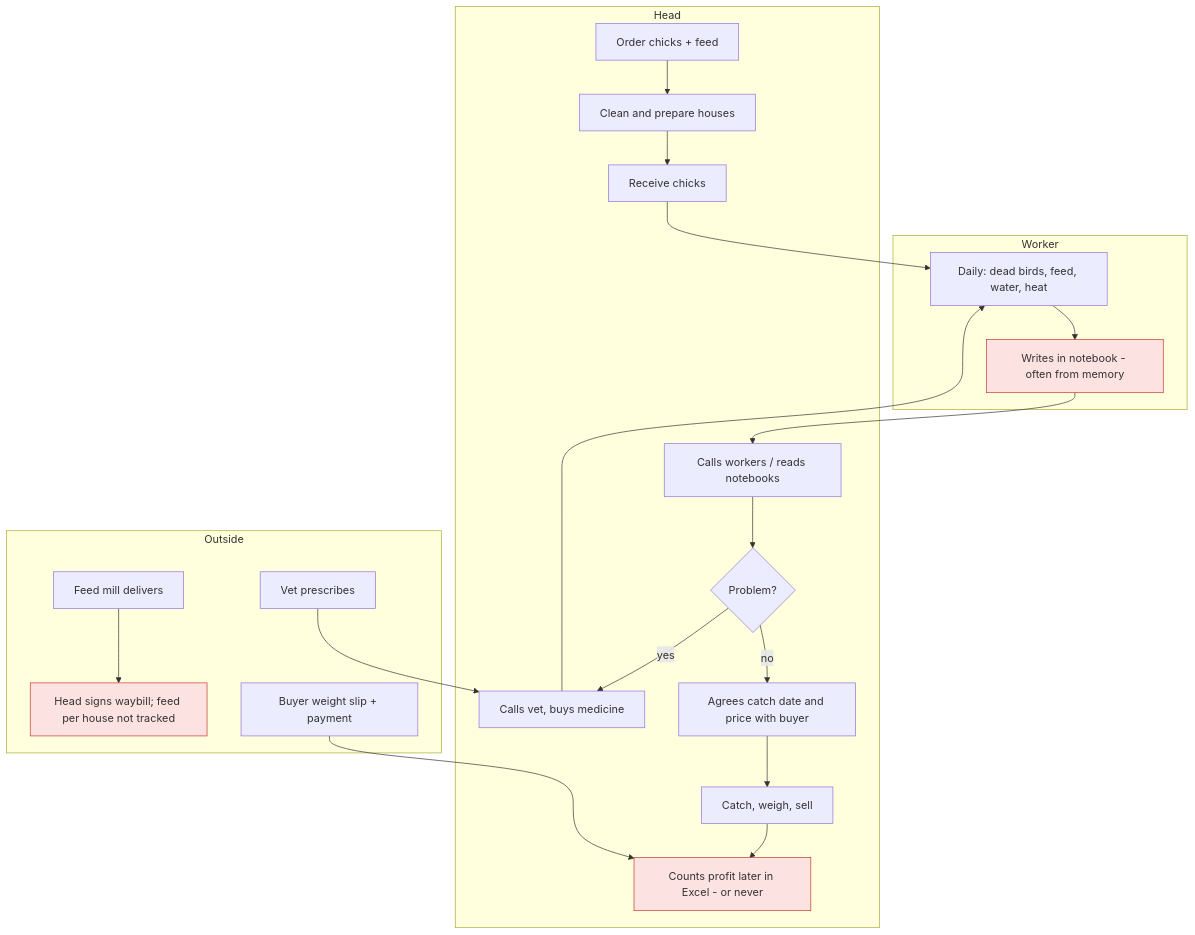
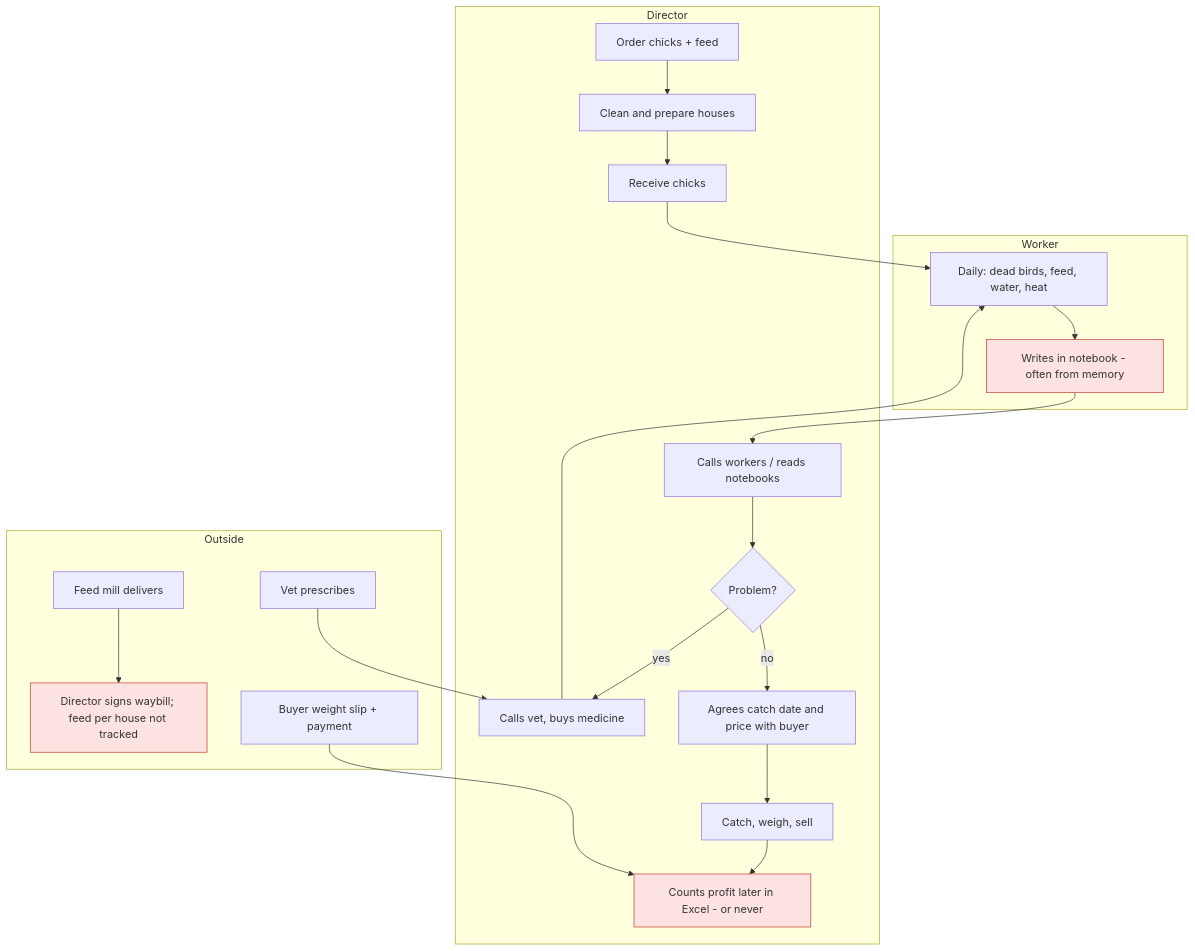
One commit to Nursul7an/poultry-farm changed the first of 4 diagrams in docs/BLUEPRINT.md. Above: the diagram before and after it, drawn with Mermaid. The commit also changed other lines of this file and 10 other files, not shown here.

````diff
--- a/docs/BLUEPRINT.md
+++ b/docs/BLUEPRINT.md
@@ -56,24 +78,24 @@
 ```mermaid
 flowchart TB
-  subgraph Head
+  subgraph Director
     H1["Order chicks + feed"] --> H2["Clean and prepare houses"]
     H2 --> H3["Receive chicks"]
     H4["Calls workers / reads notebooks"] --> H5{"Problem?"}
     H5 -- yes --> H6["Calls vet, buys medicine"]
     H5 -- no --> H7["Agrees catch date and price with buyer"]
     H7 --> H8["Catch, weigh, sell"]
     H8 --> H9["Counts profit later in Excel - or never"]:::exc
   end
   subgraph Worker
     W1["Daily: dead birds, feed, water, heat"] --> W2["Writes in notebook - often from memory"]:::exc
     W2 --> H4
   end
   subgraph Outside
-    F["Feed mill delivers"] --> H10["Head signs waybill; feed per house not tracked"]:::exc
+    F["Feed mill delivers"] --> H10["Director signs waybill; feed per house not tracked"]:::exc
     V["Vet prescribes"] --> H6
     B["Buyer weight slip + payment"] --> H9
   end
   H3 --> W1
   H6 --> W1
   classDef exc fill:#fde2e2,stroke:#c0392b
 ```
````
